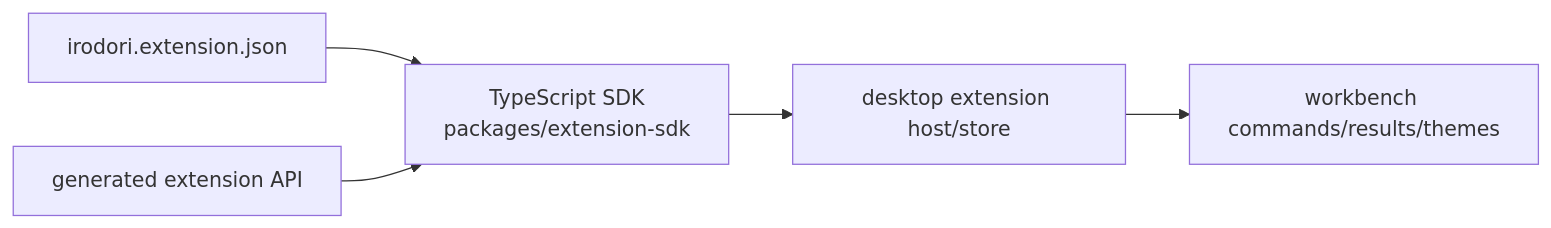
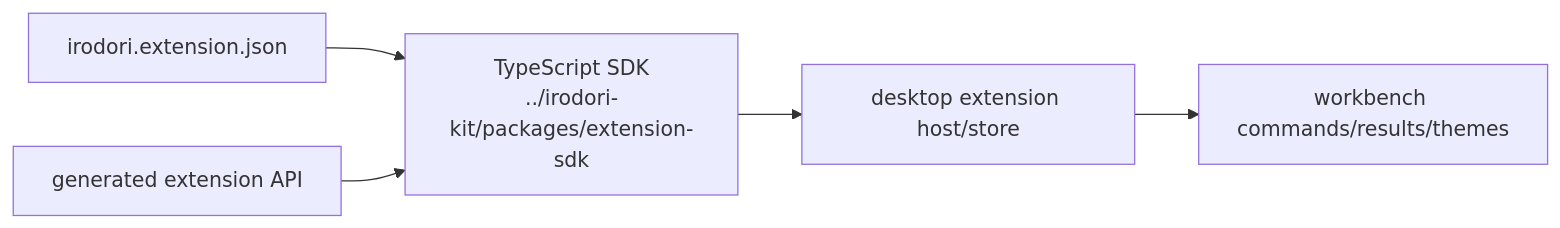
One commit to hjosugi/irodori-docs changed the seventh of 7 diagrams in src/implementation-architecture.md. Above: the diagram before and after it, drawn with Mermaid. The commit also changed other lines of this file and 22 other files, not shown here.

````diff
--- a/src/implementation-architecture.md
+++ b/src/implementation-architecture.md
@@ -273,13 +280,13 @@
 ```mermaid
 flowchart LR
   manifest["irodori.extension.json"]
-  sdk["TypeScript SDK<br/>packages/extension-sdk"]
+  sdk["TypeScript SDK<br/>../irodori-kit/packages/extension-sdk"]
   generated["generated extension API"]
   host["desktop extension host/store"]
   app["workbench commands/results/themes"]
 
   manifest --> sdk
   generated --> sdk
   sdk --> host
   host --> app
 ```
````
